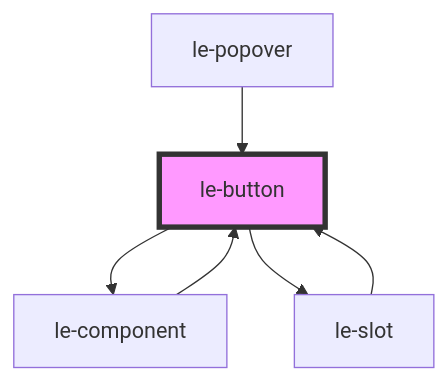
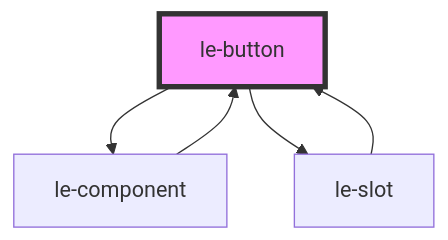
The diagram in src/components/le-button/readme.md (leechy/le-kit), drawn with Mermaid before and after one commit. The commit also changed other lines of this file and 16 other files, not shown here.

````diff
--- a/src/components/le-button/readme.md
+++ b/src/components/le-button/readme.md
@@ -136,9 +135,8 @@
 ```mermaid
 graph TD;
   le-button --> le-component
   le-button --> le-slot
   le-component --> le-button
-  le-popover --> le-button
   le-slot --> le-button
   style le-button fill:#f9f,stroke:#333,stroke-width:4px
 ```
````
